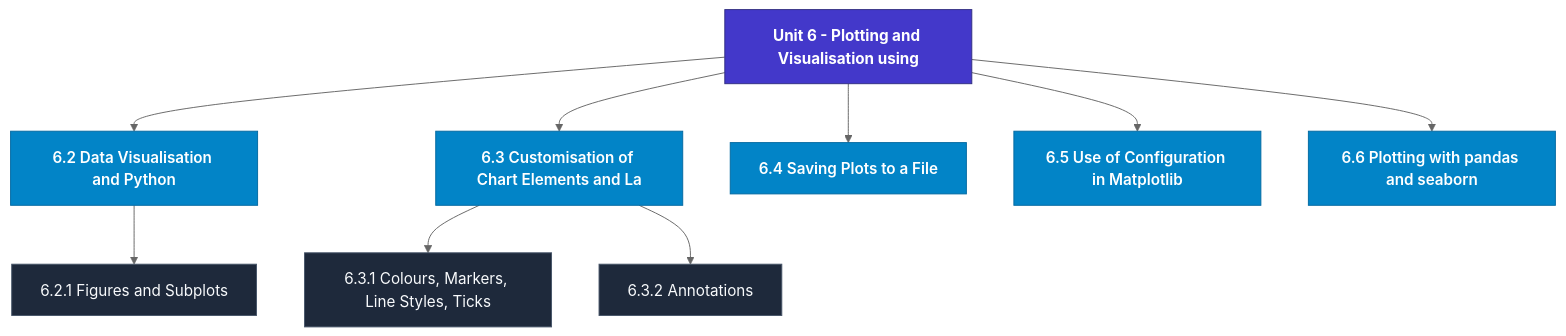
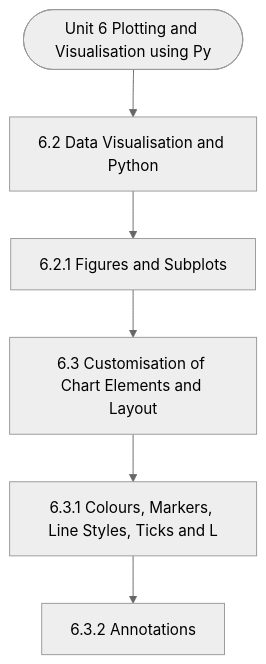
The diagram in notes/Semester_2/MCS-067_Data_Wrangling_and_Visualization/unit_06_Plotting_and_Visualisation_using_Python.md (Asutosh-Coaching/mscdsa), drawn with Mermaid (neutral theme) before and after one commit. The commit also changed other lines of this file and 115 other files, not shown here.

Commit message:
Fix Mermaid layout for mobile, isolate LaTeX delimiters, and add GitHub Pages reader

````diff
--- a/notes/Semester_2/MCS-067_Data_Wrangling_and_Visualization/unit_06_Plotting_and_Visualisation_using_Python.md
+++ b/notes/Semester_2/MCS-067_Data_Wrangling_and_Visualization/unit_06_Plotting_and_Visualisation_using_Python.md
@@ -19,25 +19,14 @@
 ```mermaid
 flowchart TD
-  %% Styling Definitions
-  classDef head fill:#4338ca,stroke:#312e81,color:#ffffff,font-weight:bold;
-  classDef topic fill:#0284c7,stroke:#0369a1,color:#ffffff,font-weight:600;
-  classDef sub fill:#1e293b,stroke:#475569,color:#f8fafc;
-
-  Root["Unit 6 - Plotting and Visualisation using "]:::head
-  M1["6.2 Data Visualisation and Python"]:::topic
-  Root --> M1
-  M1_1["6.2.1 Figures and Subplots"]:::sub
-  M1 --> M1_1
-  M2["6.3 Customisation of Chart Elements and La"]:::topic
-  Root --> M2
-  M2_1["6.3.1 Colours, Markers, Line Styles, Ticks"]:::sub
-  M2 --> M2_1
-  M2_2["6.3.2 Annotations"]:::sub
-  M2 --> M2_2
-  M3["6.4 Saving Plots to a File"]:::topic
-  Root --> M3
-  M4["6.5 Use of Configuration in Matplotlib"]:::topic
-  Root --> M4
-  M5["6.6 Plotting with pandas and seaborn"]:::topic
-  Root --> M5
+  Start(["Unit 6 Plotting and Visualisation using Py"])
+  N1["6.2 Data Visualisation and Python"]
+  N2["6.2.1 Figures and Subplots"]
+  N3["6.3 Customisation of Chart Elements and Layout"]
+  N4["6.3.1 Colours, Markers, Line Styles, Ticks and L"]
+  N5["6.3.2 Annotations"]
+  Start --> N1
+  N1 --> N2
+  N2 --> N3
+  N3 --> N4
+  N4 --> N5
 ```
````
